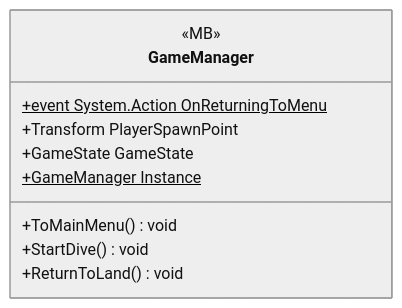
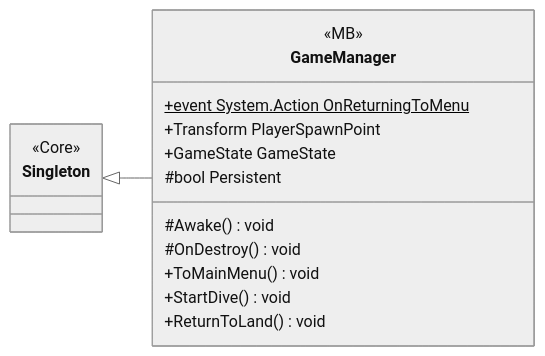
Before and after one commit to PhumipatWave/project-ocean: the diagram in docs/uml/modules/Gameplay_Game.md, drawn with Mermaid (neutral theme). The commit also changed other lines of this file and 71 other files, not shown here.

Commit message:
Update UML diagrams

````diff
--- a/docs/uml/modules/Gameplay_Game.md
+++ b/docs/uml/modules/Gameplay_Game.md
@@ -7,14 +7,20 @@
 ```mermaid
 classDiagram
   direction LR
   class GameManager {
     <<MB>>
     +event System.Action OnReturningToMenu$
     +Transform PlayerSpawnPoint
     +GameState GameState
-    +GameManager Instance$
+    #bool Persistent
+    #Awake() void
+    #OnDestroy() void
     +ToMainMenu() void
     +StartDive() void
     +ReturnToLand() void
   }
+  class Singleton {
+    <<Core>>
+  }
+  Singleton <|-- GameManager
 ```
````
